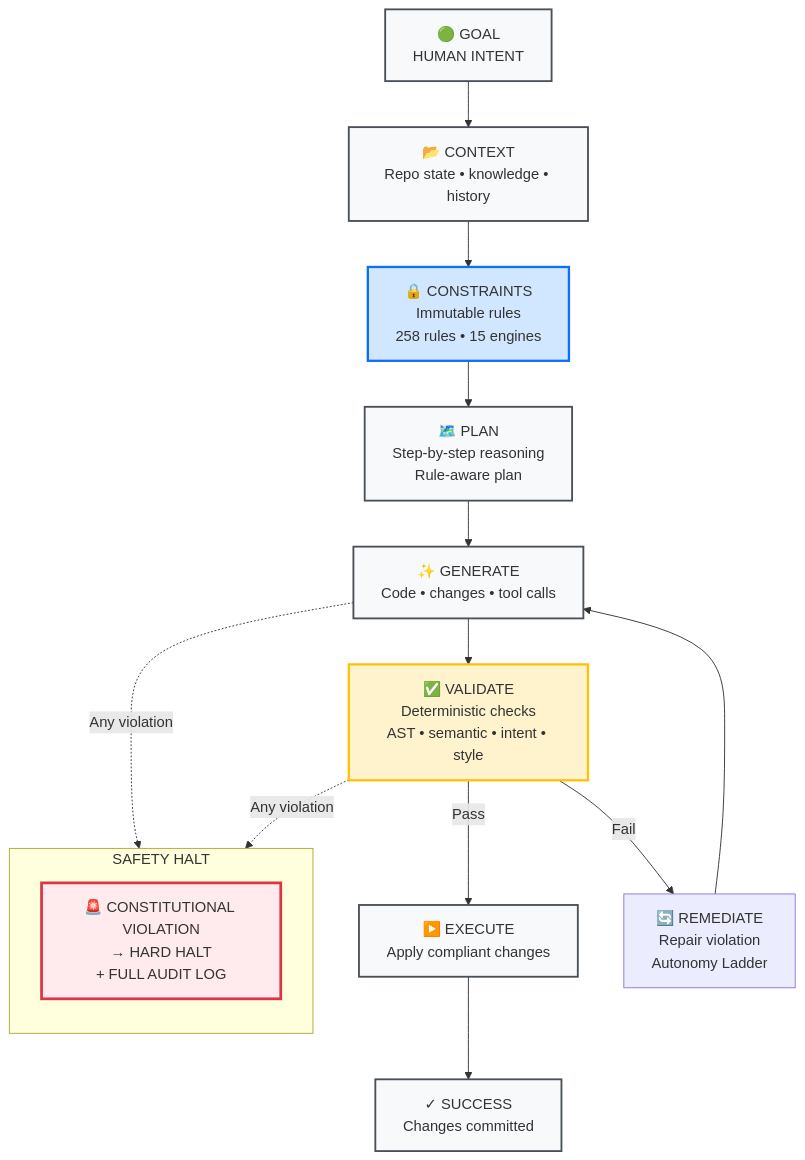
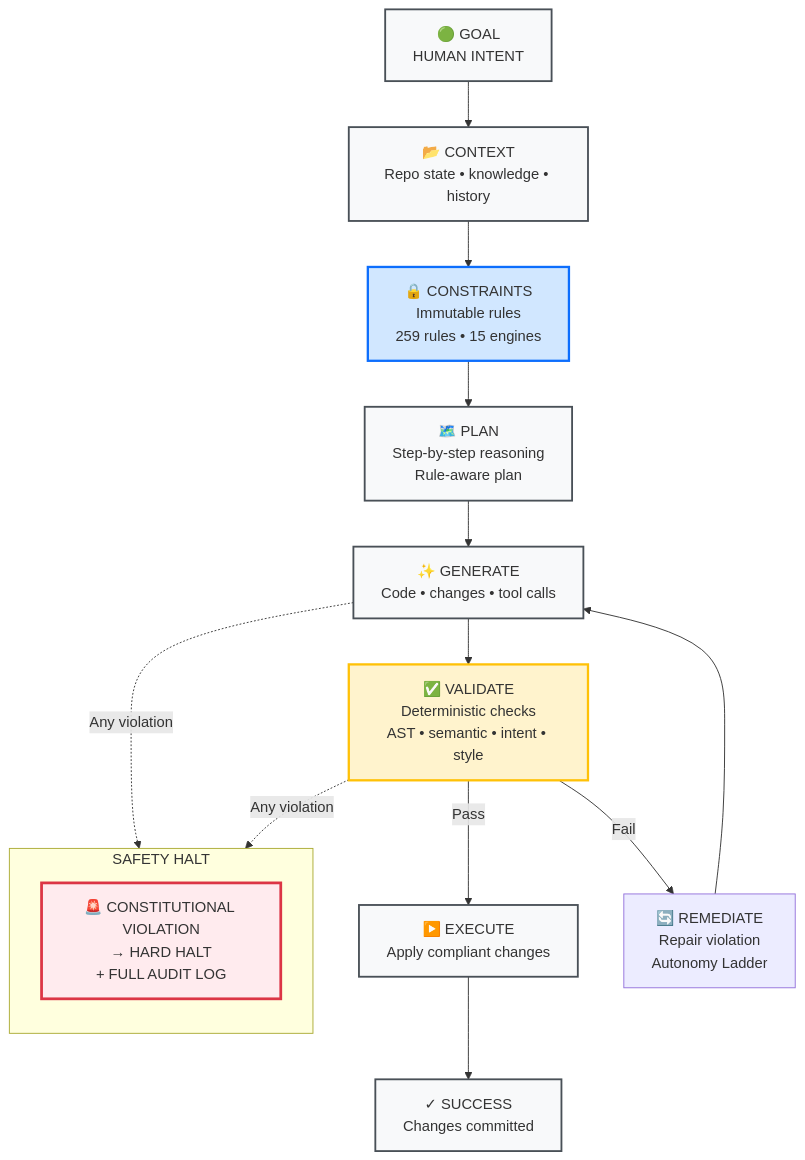
One commit to DariuszNewecki/CORE changed the diagram in README.md. Above: the diagram before and after it, drawn with Mermaid. The commit also changed other lines of this file and 10 other files, not shown here.

````diff
--- a/README.md
+++ b/README.md
@@ -148,30 +148,30 @@
 ```mermaid
 flowchart TD
     A["🟢 GOAL\nHUMAN INTENT"] --> B["📂 CONTEXT\nRepo state • knowledge • history"]
-    B --> C["🔒 CONSTRAINTS\nImmutable rules\n258 rules • 15 engines"]
+    B --> C["🔒 CONSTRAINTS\nImmutable rules\n259 rules • 15 engines"]
     C --> D["🗺️ PLAN\nStep-by-step reasoning\nRule-aware plan"]
     D --> E["✨ GENERATE\nCode • changes • tool calls"]
     E --> F["✅ VALIDATE\nDeterministic checks\nAST • semantic • intent • style"]
     F -->|Pass| G["▶️ EXECUTE\nApply compliant changes"]
     F -->|Fail| H["🔄 REMEDIATE\nRepair violation\nAutonomy Ladder"]
     H --> E
     G --> I["✓ SUCCESS\nChanges committed"]
 
     subgraph "SAFETY HALT"
         direction TB
         J["🚨 CONSTITUTIONAL VIOLATION\n→ HARD HALT\n+ FULL AUDIT LOG"]
     end
 
     E -.->|Any violation| J
     F -.->|Any violation| J
 
     classDef phase      fill:#f8f9fa,stroke:#495057,stroke-width:2px
     classDef constraint fill:#d1e7ff,stroke:#0d6efd,stroke-width:2.5px
     classDef validate   fill:#fff3cd,stroke:#ffc107,stroke-width:2.5px
     classDef halt       fill:#ffebee,stroke:#dc3545,stroke-width:3px
 
     class A,B,D,E,G,I phase
     class C constraint
     class F validate
     class J halt
 ```
````
